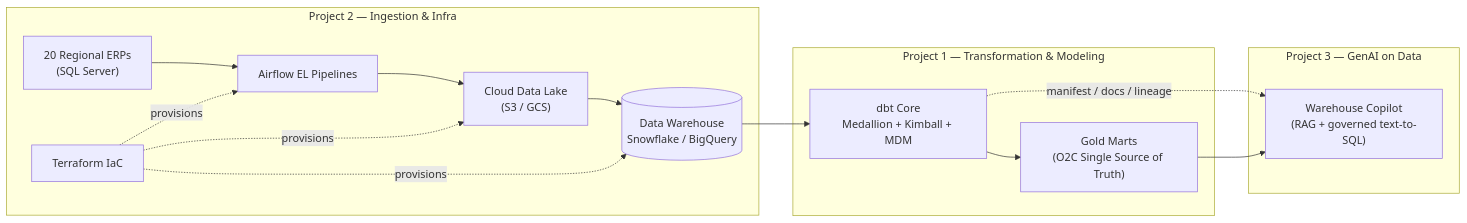
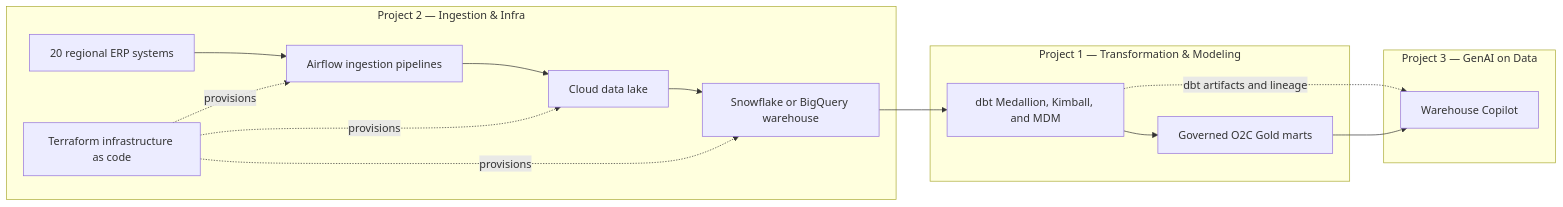
One commit to dchavezf/dchavezf.github.io changed the diagram in _tabs/portfolio.md. Above: the diagram before and after it, drawn with Mermaid. The commit also changed other lines of this file and 15 other files, not shown here.

````diff
--- a/_tabs/portfolio.md
+++ b/_tabs/portfolio.md
@@ -50,17 +53,19 @@
 ```mermaid
 flowchart LR
     subgraph P2["Project 2 — Ingestion & Infra"]
-        ERP["20 Regional ERPs<br/>(SQL Server)"] --> AF["Airflow EL Pipelines"]
-        AF --> LAKE["Cloud Data Lake<br/>(S3 / GCS)"]
-        LAKE --> DW[("Data Warehouse<br/>Snowflake / BigQuery")]
-        TF["Terraform IaC"] -.provisions.-> AF & LAKE & DW
+        ERP["20 regional ERP systems"] --> AF["Airflow ingestion pipelines"]
+        AF --> LAKE["Cloud data lake"]
+        LAKE --> DW["Snowflake or BigQuery warehouse"]
+        TF["Terraform infrastructure as code"] -. provisions .-> AF
+        TF -. provisions .-> LAKE
+        TF -. provisions .-> DW
     end
     subgraph P1["Project 1 — Transformation & Modeling"]
-        DW --> DBT["dbt Core<br/>Medallion + Kimball + MDM"]
-        DBT --> GOLD["Gold Marts<br/>(O2C Single Source of Truth)"]
+        DW --> DBT["dbt Medallion, Kimball, and MDM"]
+        DBT --> GOLD["Governed O2C Gold marts"]
     end
     subgraph P3["Project 3 — GenAI on Data"]
-        DBT -. "manifest / docs / lineage" .-> RAG["Warehouse Copilot<br/>(RAG + governed text-to-SQL)"]
+        DBT -. dbt artifacts and lineage .-> RAG["Warehouse Copilot"]
         GOLD --> RAG
     end
 ```
````
